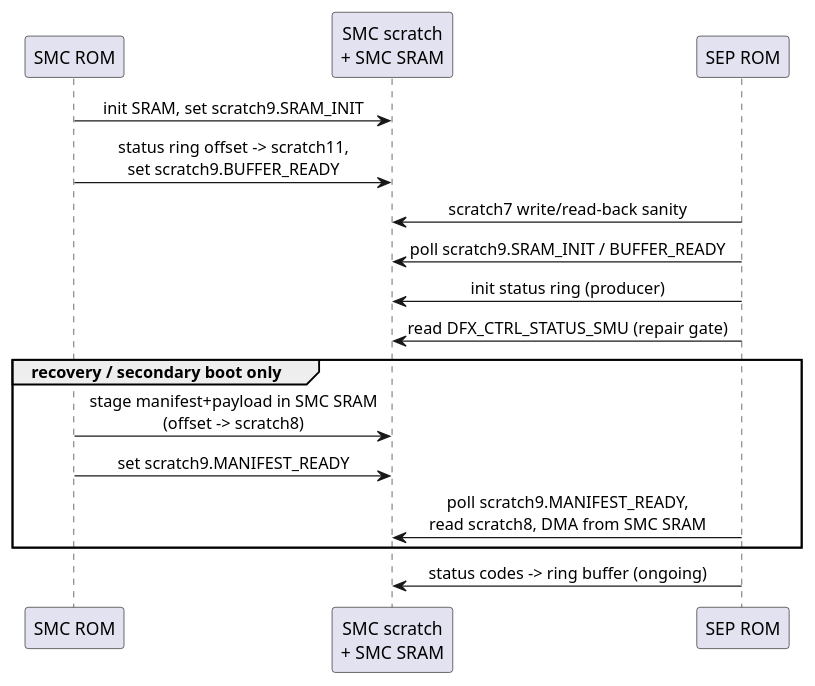
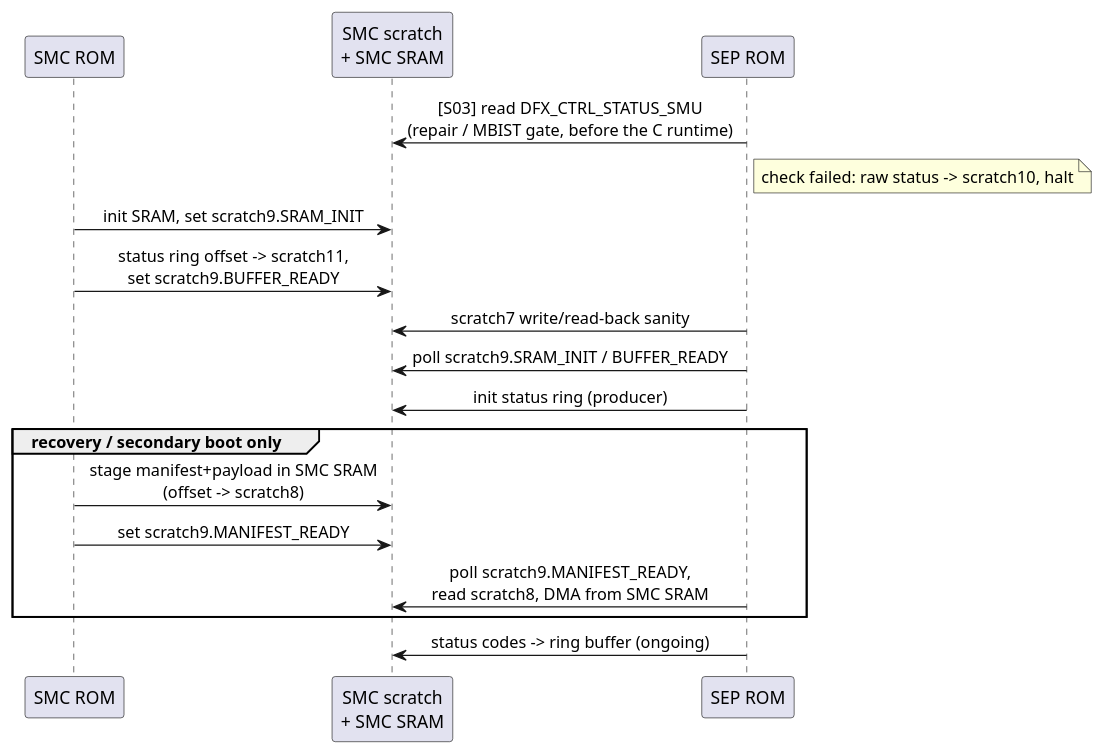
The seventh of 17 diagrams in hw/sys/sep/bootrom/prod/doc/rom.adoc (tenstorrent/tt-oca-harness), drawn with PlantUML before and after one commit. The commit also changed other lines of this file, not shown here.

First line of the commit message:
hw/sep: Describe the memory gate as skip-only bypass with a terminal failure

```diff
--- a/hw/sys/sep/bootrom/prod/doc/rom.adoc
+++ b/hw/sys/sep/bootrom/prod/doc/rom.adoc
@@ -1241,21 +1241,22 @@
 [plantuml,smc-sep-sync,svg]
 ----
 @startuml
 skinparam sequenceMessageAlign center
 participant "SMC ROM" as SMC
 participant "SMC scratch\n+ SMC SRAM" as SHM
 participant "SEP ROM" as SEP
+SEP -> SHM : [S03] read DFX_CTRL_STATUS_SMU\n(repair / MBIST gate, before the C runtime)
+note right of SEP : check failed: raw status -> scratch10, halt
 SMC -> SHM : init SRAM, set scratch9.SRAM_INIT
 SMC -> SHM : status ring offset -> scratch11,\nset scratch9.BUFFER_READY
 SEP -> SHM : scratch7 write/read-back sanity
 SEP -> SHM : poll scratch9.SRAM_INIT / BUFFER_READY
 SEP -> SHM : init status ring (producer)
-SEP -> SHM : read DFX_CTRL_STATUS_SMU (repair gate)
 group recovery / secondary boot only
   SMC -> SHM : stage manifest+payload in SMC SRAM\n(offset -> scratch8)
   SMC -> SHM : set scratch9.MANIFEST_READY
   SEP -> SHM : poll scratch9.MANIFEST_READY,\nread scratch8, DMA from SMC SRAM
 end
 SEP -> SHM : status codes -> ring buffer (ongoing)
 @enduml
 ----
```
